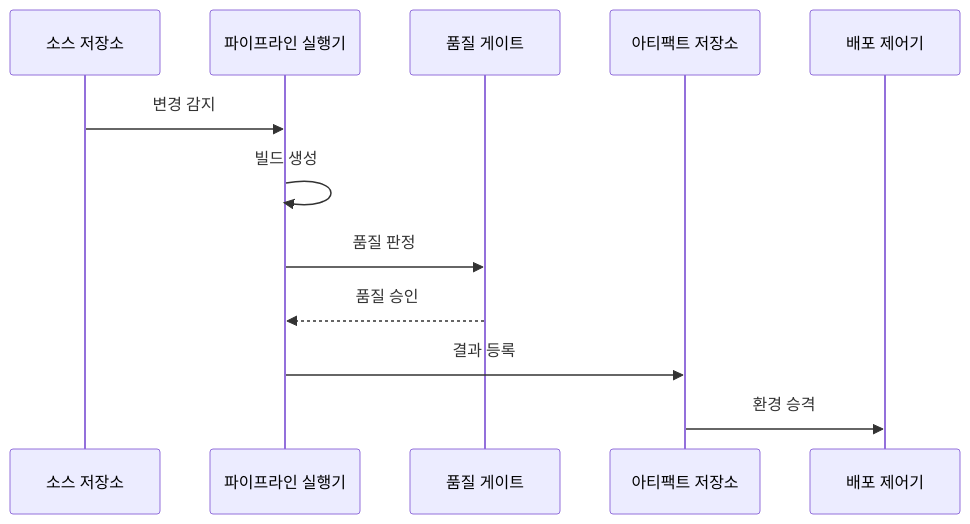
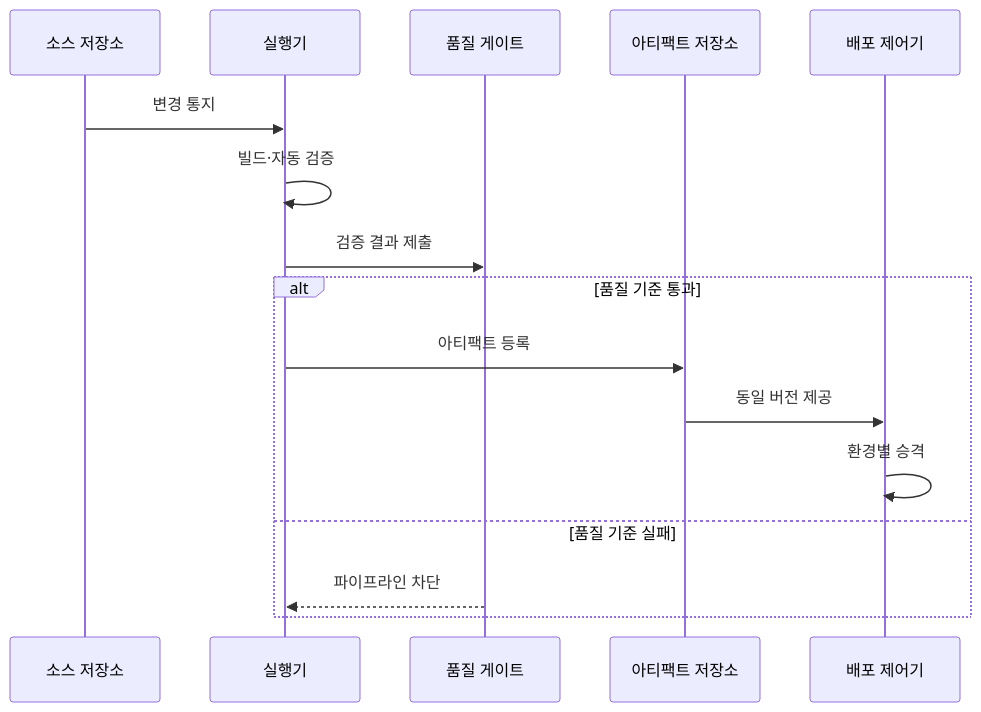
Before and after one commit to agnusdei1207/knowledge-base: the second of 2 diagrams in src/content/docs/notes/03-software/053_ci_cd_pipeline.md, drawn with Mermaid. The commit also changed other lines of this file and 7 other files, not shown here.

````diff
--- a/src/content/docs/notes/03-software/053_ci_cd_pipeline.md
+++ b/src/content/docs/notes/03-software/053_ci_cd_pipeline.md
@@ -94,14 +81,18 @@
 ```mermaid
 sequenceDiagram
     participant S as 소스 저장소
-    participant R as 파이프라인 실행기
+    participant R as 실행기
     participant Q as 품질 게이트
     participant A as 아티팩트 저장소
     participant D as 배포 제어기
-    S->>R: 변경 감지
-    R->>R: 빌드 생성
-    R->>Q: 품질 판정
-    Q-->>R: 품질 승인
-    R->>A: 결과 등록
-    A->>D: 환경 승격
+    S->>R: 변경 통지
+    R->>R: 빌드·자동 검증
+    R->>Q: 검증 결과 제출
+    alt 품질 기준 통과
+        R->>A: 아티팩트 등록
+        A->>D: 동일 버전 제공
+        D->>D: 환경별 승격
+    else 품질 기준 실패
+        Q-->>R: 파이프라인 차단
+    end
 ```
````
